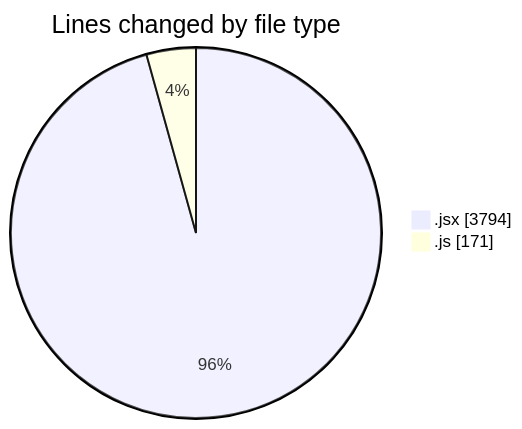
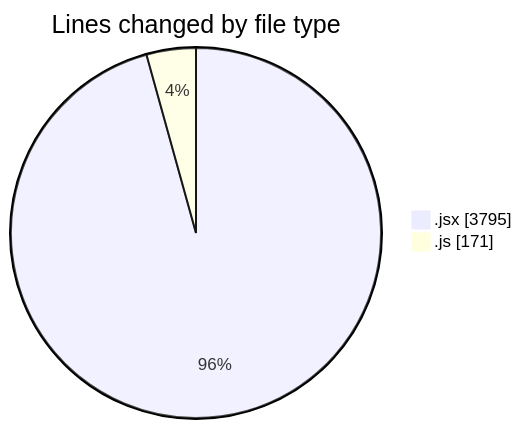
The first of 2 diagrams in 2025-07-09/argos/README.md (nxtqubesakshisongat/code-tracking), drawn with Mermaid before and after one commit. The commit also changed other lines of this file and 1 other file, not shown here.

````diff
--- a/2025-07-09/argos/README.md
+++ b/2025-07-09/argos/README.md
@@ -25,6 +25,6 @@
 ```mermaid
 pie showData
 title Lines changed by file type
-".jsx" : 3794
+".jsx" : 3795
 ".js" : 171
 ```
````
